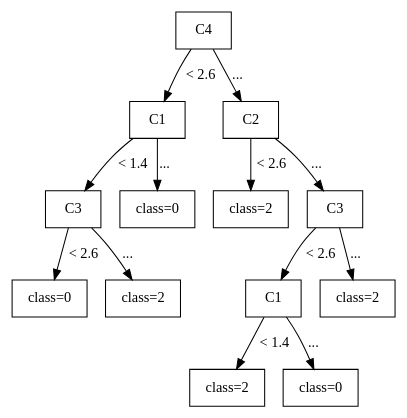
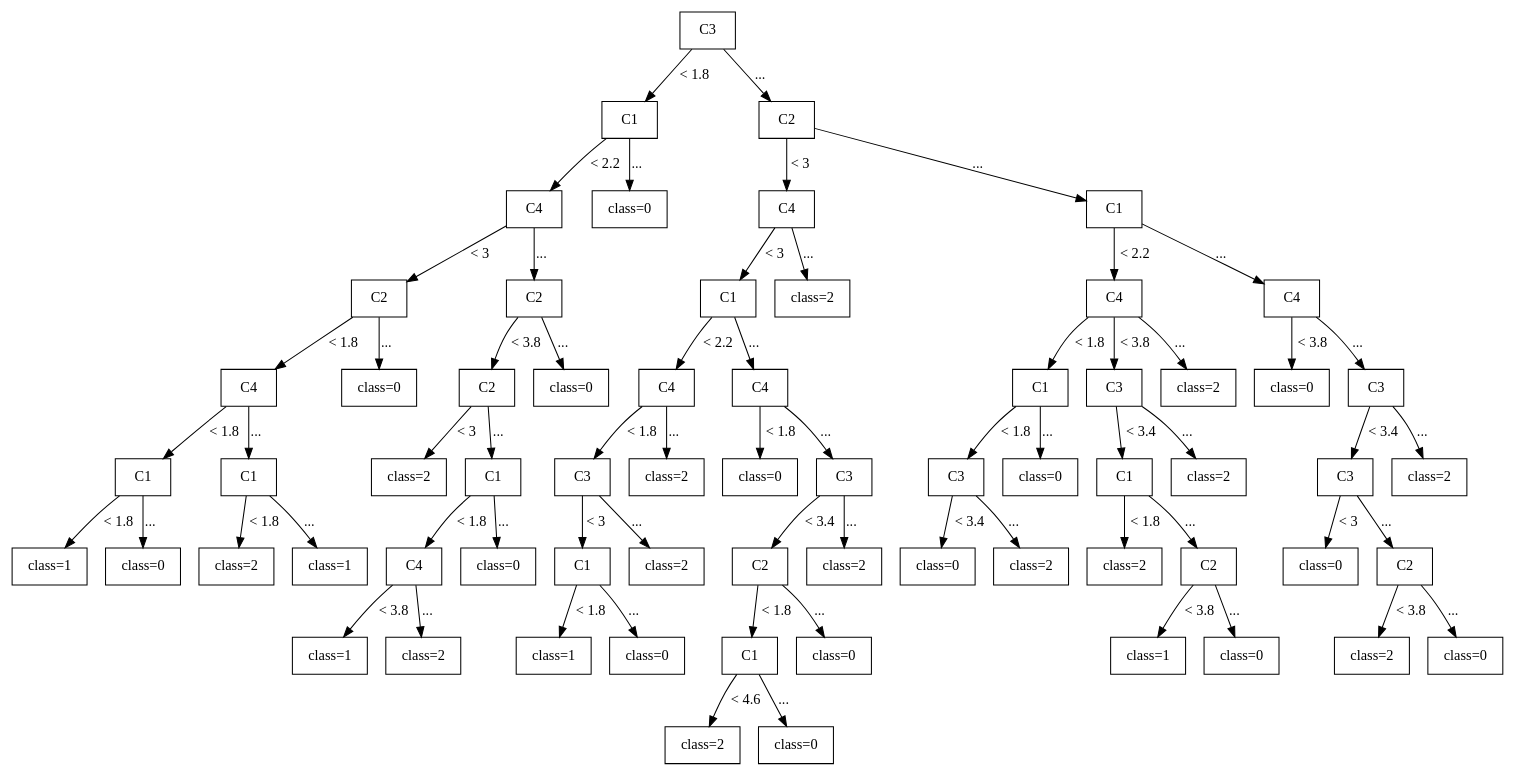
The diagram in NSSESAT_backend/new_tree.dot (TakuyaMitarai/NSSESAT_Visualizer), drawn with Graphviz before and after one commit. The commit also changed 11 other files, not shown here.

```diff
--- a/NSSESAT_backend/new_tree.dot
+++ b/NSSESAT_backend/new_tree.dot
@@ -1,39 +1,153 @@
 digraph G {
 node [shape=box];
 node [style=filled, fillcolor=white];
 
-0 [label="C4"];
+0 [label="C3"];
 
 1 [label="C1"];
-6 [label="C2"];
+22 [label="C2"];
 
-0 -> 1 [label="< 2.6"];
-0 -> 6 [label="..."];
+0 -> 1 [label="< 1.8"];
+0 -> 22 [label="..."];
 
-2 [label="C3"];
-5 [label="class=0"];
-7 [label="class=2"];
-8 [label="C3"];
+2 [label="C4"];
+21 [label="class=0"];
+23 [label="C4"];
+42 [label="C1"];
 
-1 -> 2 [label="< 1.4"];
-1 -> 5 [label="..."];
-6 -> 7 [label="< 2.6"];
-6 -> 8 [label="..."];
+1 -> 2 [label="< 2.2"];
+1 -> 21 [label="..."];
+22 -> 23 [label="< 3"];
+22 -> 42 [label="..."];
 
-3 [label="class=0"];
-4 [label="class=2"];
-9 [label="C1"];
-12 [label="class=2"];
+3 [label="C2"];
+12 [label="C2"];
+24 [label="C1"];
+41 [label="class=2"];
+43 [label="C4"];
+57 [label="C4"];
 
-2 -> 3 [label="< 2.6"];
-2 -> 4 [label="..."];
-8 -> 9 [label="< 2.6"];
-8 -> 12 [label="..."];
+2 -> 3 [label="< 3"];
+2 -> 12 [label="..."];
+23 -> 24 [label="< 3"];
+23 -> 41 [label="..."];
+42 -> 43 [label="< 2.2"];
+42 -> 57 [label="..."];
 
-10 [label="class=2"];
+4 [label="C4"];
 11 [label="class=0"];
+13 [label="C2"];
+20 [label="class=0"];
+25 [label="C4"];
+32 [label="C4"];
+44 [label="C1"];
+49 [label="C3"];
+56 [label="class=2"];
+58 [label="class=0"];
+59 [label="C3"];
 
-9 -> 10 [label="< 1.4"];
-9 -> 11 [label="..."];
+3 -> 4 [label="< 1.8"];
+3 -> 11 [label="..."];
+12 -> 13 [label="< 3.8"];
+12 -> 20 [label="..."];
+24 -> 25 [label="< 2.2"];
+24 -> 32 [label="..."];
+43 -> 44 [label="< 1.8"];
+43 -> 49 [label="< 3.8"];
+43 -> 56 [label="..."];
+57 -> 58 [label="< 3.8"];
+57 -> 59 [label="..."];
+
+5 [label="C1"];
+8 [label="C1"];
+14 [label="class=2"];
+15 [label="C1"];
+26 [label="C3"];
+31 [label="class=2"];
+33 [label="class=0"];
+34 [label="C3"];
+45 [label="C3"];
+48 [label="class=0"];
+50 [label="C1"];
+55 [label="class=2"];
+60 [label="C3"];
+65 [label="class=2"];
+
+4 -> 5 [label="< 1.8"];
+4 -> 8 [label="..."];
+13 -> 14 [label="< 3"];
+13 -> 15 [label="..."];
+25 -> 26 [label="< 1.8"];
+25 -> 31 [label="..."];
+32 -> 33 [label="< 1.8"];
+32 -> 34 [label="..."];
+44 -> 45 [label="< 1.8"];
+44 -> 48 [label="..."];
+49 -> 50 [label="< 3.4"];
+49 -> 55 [label="..."];
+59 -> 60 [label="< 3.4"];
+59 -> 65 [label="..."];
+
+6 [label="class=1"];
+7 [label="class=0"];
+9 [label="class=2"];
+10 [label="class=1"];
+16 [label="C4"];
+19 [label="class=0"];
+27 [label="C1"];
+30 [label="class=2"];
+35 [label="C2"];
+40 [label="class=2"];
+46 [label="class=0"];
+47 [label="class=2"];
+51 [label="class=2"];
+52 [label="C2"];
+61 [label="class=0"];
+62 [label="C2"];
+
+5 -> 6 [label="< 1.8"];
+5 -> 7 [label="..."];
+8 -> 9 [label="< 1.8"];
+8 -> 10 [label="..."];
+15 -> 16 [label="< 1.8"];
+15 -> 19 [label="..."];
+26 -> 27 [label="< 3"];
+26 -> 30 [label="..."];
+34 -> 35 [label="< 3.4"];
+34 -> 40 [label="..."];
+45 -> 46 [label="< 3.4"];
+45 -> 47 [label="..."];
+50 -> 51 [label="< 1.8"];
+50 -> 52 [label="..."];
+60 -> 61 [label="< 3"];
+60 -> 62 [label="..."];
+
+17 [label="class=1"];
+18 [label="class=2"];
+28 [label="class=1"];
+29 [label="class=0"];
+36 [label="C1"];
+39 [label="class=0"];
+53 [label="class=1"];
+54 [label="class=0"];
+63 [label="class=2"];
+64 [label="class=0"];
+
+16 -> 17 [label="< 3.8"];
+16 -> 18 [label="..."];
+27 -> 28 [label="< 1.8"];
+27 -> 29 [label="..."];
+35 -> 36 [label="< 1.8"];
+35 -> 39 [label="..."];
+52 -> 53 [label="< 3.8"];
+52 -> 54 [label="..."];
+62 -> 63 [label="< 3.8"];
+62 -> 64 [label="..."];
+
+37 [label="class=2"];
+38 [label="class=0"];
+
+36 -> 37 [label="< 4.6"];
+36 -> 38 [label="..."];
 
 }
```
